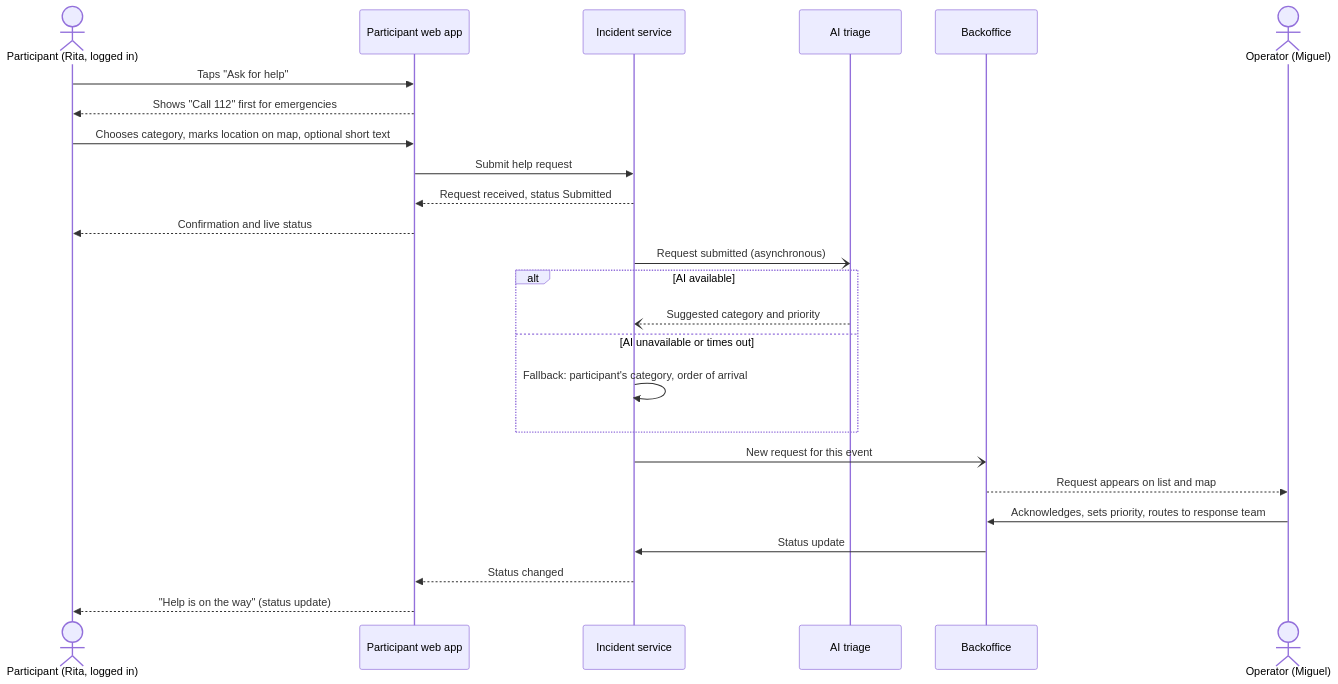
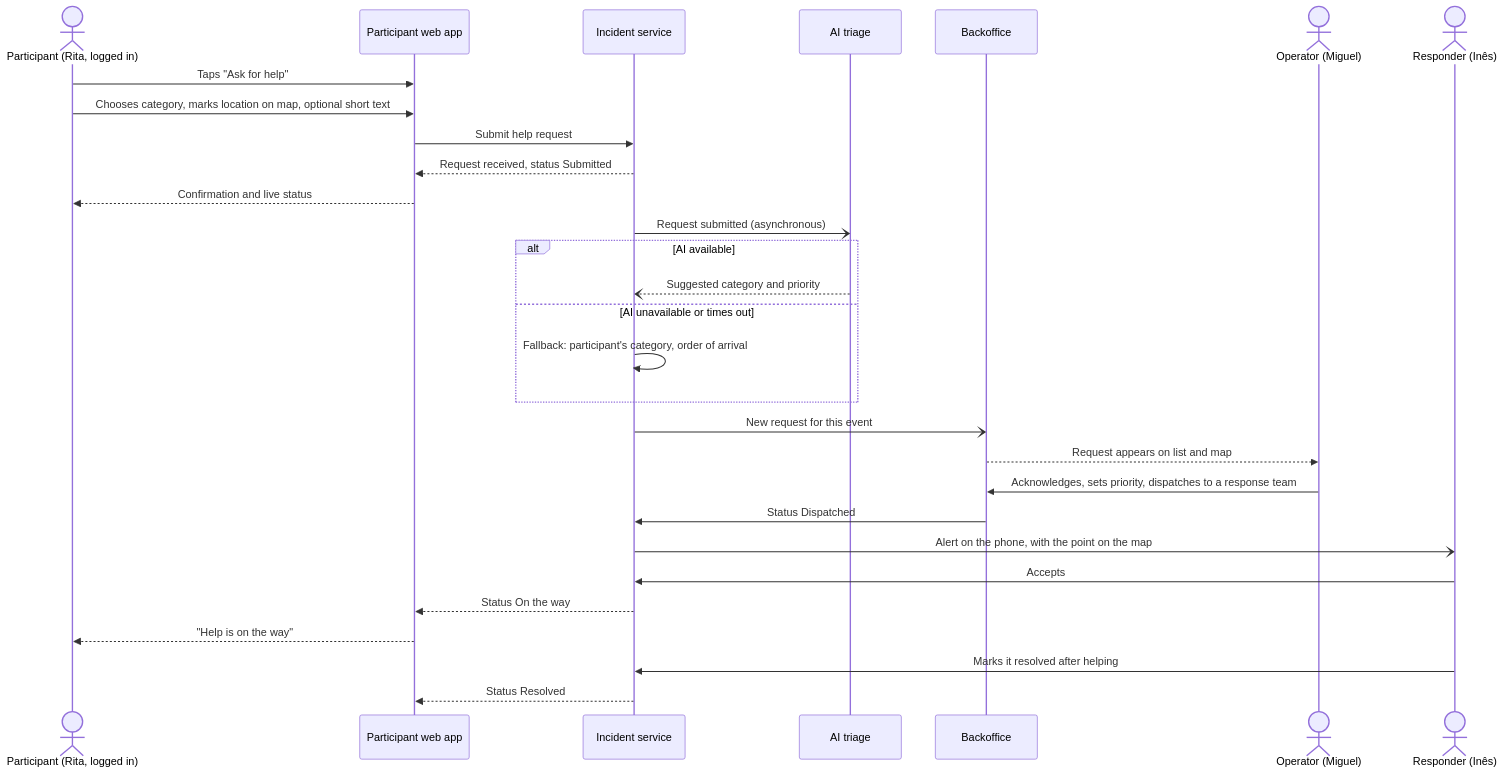
One commit to tomasoliveira21/LABDSOF changed the second of 8 diagrams in Docs/Product/user-workflows.md. Above: the diagram before and after it, drawn with Mermaid. The commit also changed other lines of this file and 12 other files, not shown here.

````diff
--- a/Docs/Product/user-workflows.md
+++ b/Docs/Product/user-workflows.md
@@ -49,28 +72,32 @@
 ```mermaid
 sequenceDiagram
     actor P as Participant (Rita, logged in)
     participant App as Participant web app
     participant Inc as Incident service
     participant AI as AI triage
     participant BO as Backoffice
     actor O as Operator (Miguel)
+    actor R as Responder (Inês)
 
     P->>App: Taps "Ask for help"
-    App-->>P: Shows "Call 112" first for emergencies
     P->>App: Chooses category, marks location on map, optional short text
     App->>Inc: Submit help request
     Inc-->>App: Request received, status Submitted
     App-->>P: Confirmation and live status
     Inc-)AI: Request submitted (asynchronous)
     alt AI available
         AI--)Inc: Suggested category and priority
     else AI unavailable or times out
         Inc->>Inc: Fallback: participant's category, order of arrival
     end
     Inc-)BO: New request for this event
     BO-->>O: Request appears on list and map
-    O->>BO: Acknowledges, sets priority, routes to response team
-    BO->>Inc: Status update
-    Inc-->>App: Status changed
-    App-->>P: "Help is on the way" (status update)
+    O->>BO: Acknowledges, sets priority, dispatches to a response team
+    BO->>Inc: Status Dispatched
+    Inc-)R: Alert on the phone, with the point on the map
+    R->>Inc: Accepts
+    Inc-->>App: Status On the way
+    App-->>P: "Help is on the way"
+    R->>Inc: Marks it resolved after helping
+    Inc-->>App: Status Resolved
 ```
````
